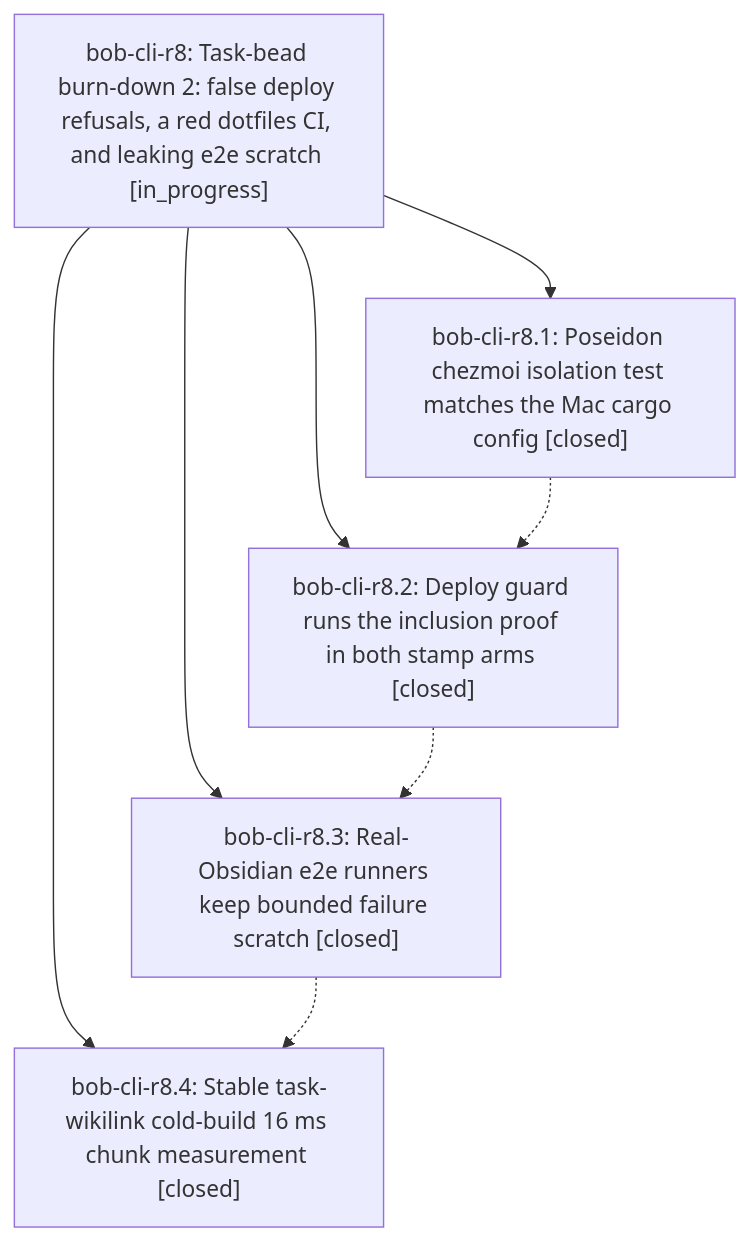
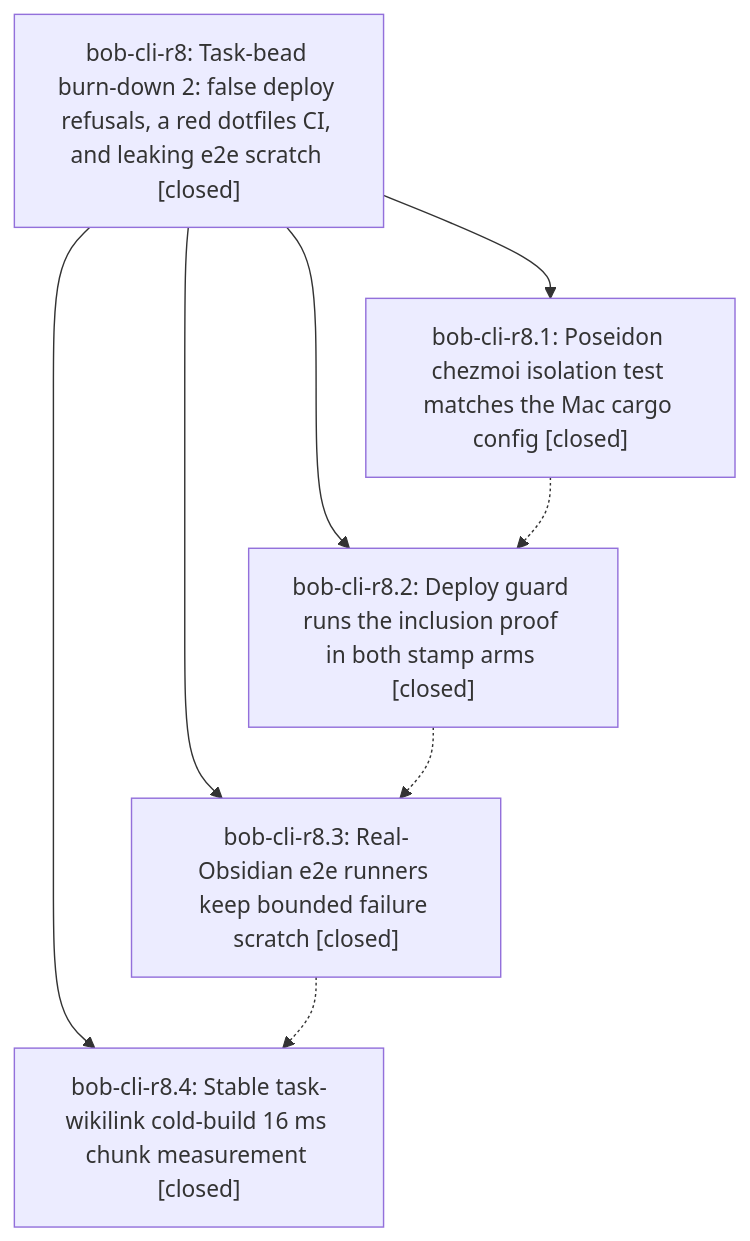
Before and after one commit to bobs-org/bob-cli--beads: the diagram in pages/bob-cli-r8/README.md, drawn with Mermaid. The commit also changed other lines of this file and 3 other files, not shown here.

First line of the commit message:
chore(beads): sync bead state and pages for bob-cli-r8

````diff
--- a/pages/bob-cli-r8/README.md
+++ b/pages/bob-cli-r8/README.md
@@ -39,15 +49,15 @@
 ```mermaid
 flowchart TD
-    n0["bob-cli-r8: Task-bead burn-down 2: false deploy refusals, a red dotfiles CI, and leaking e2e scratch [in_progress]"]
+    n0["bob-cli-r8: Task-bead burn-down 2: false deploy refusals, a red dotfiles CI, and leaking e2e scratch [closed]"]
     n1["bob-cli-r8.1: Poseidon chezmoi isolation test matches the Mac cargo config [closed]"]
     n2["bob-cli-r8.2: Deploy guard runs the inclusion proof in both stamp arms [closed]"]
     n3["bob-cli-r8.3: Real-Obsidian e2e runners keep bounded failure scratch [closed]"]
     n4["bob-cli-r8.4: Stable task-wikilink cold-build 16 ms chunk measurement [closed]"]
     n0 --> n1
     n0 --> n2
     n0 --> n3
     n0 --> n4
     n1 -.-> n2
     n2 -.-> n3
     n3 -.-> n4
 ```
````
